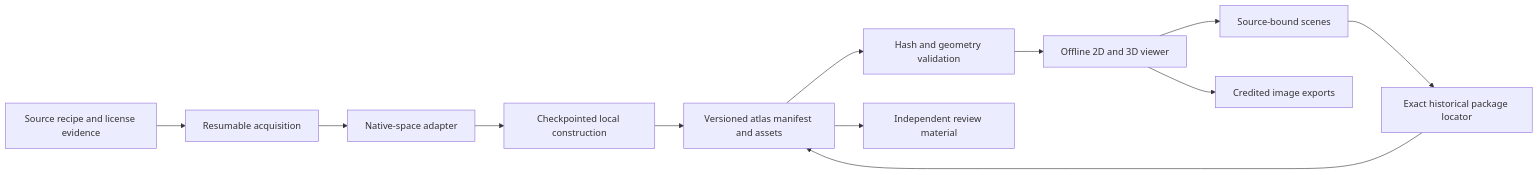
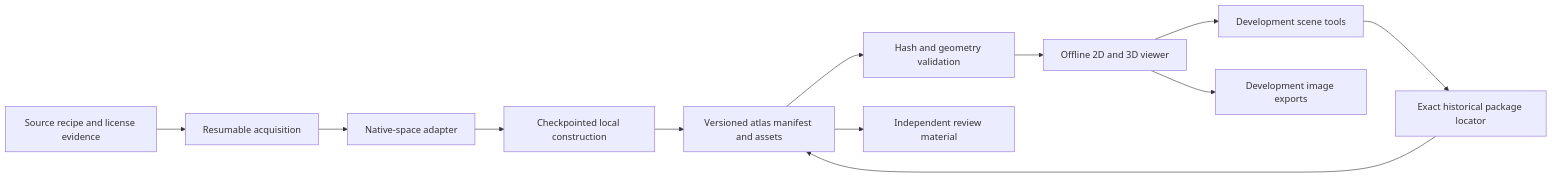
One commit to jinshanmu/NeuroImage changed the diagram in docs/platform-design.md. Above: the diagram before and after it, drawn with Mermaid. The commit also changed other lines of this file and 220 other files, not shown here.

````diff
--- a/docs/platform-design.md
+++ b/docs/platform-design.md
@@ -9,14 +9,14 @@
 ```mermaid
 flowchart LR
     A[Source recipe and license evidence] --> B[Resumable acquisition]
     B --> C[Native-space adapter]
     C --> D[Checkpointed local construction]
     D --> E[Versioned atlas manifest and assets]
     E --> F[Hash and geometry validation]
     F --> G[Offline 2D and 3D viewer]
-    G --> H[Source-bound scenes]
-    G --> I[Credited image exports]
+    G --> H[Development scene tools]
+    G --> I[Development image exports]
     E --> J[Independent review material]
     H --> K[Exact historical package locator]
     K --> E
 ```
````
